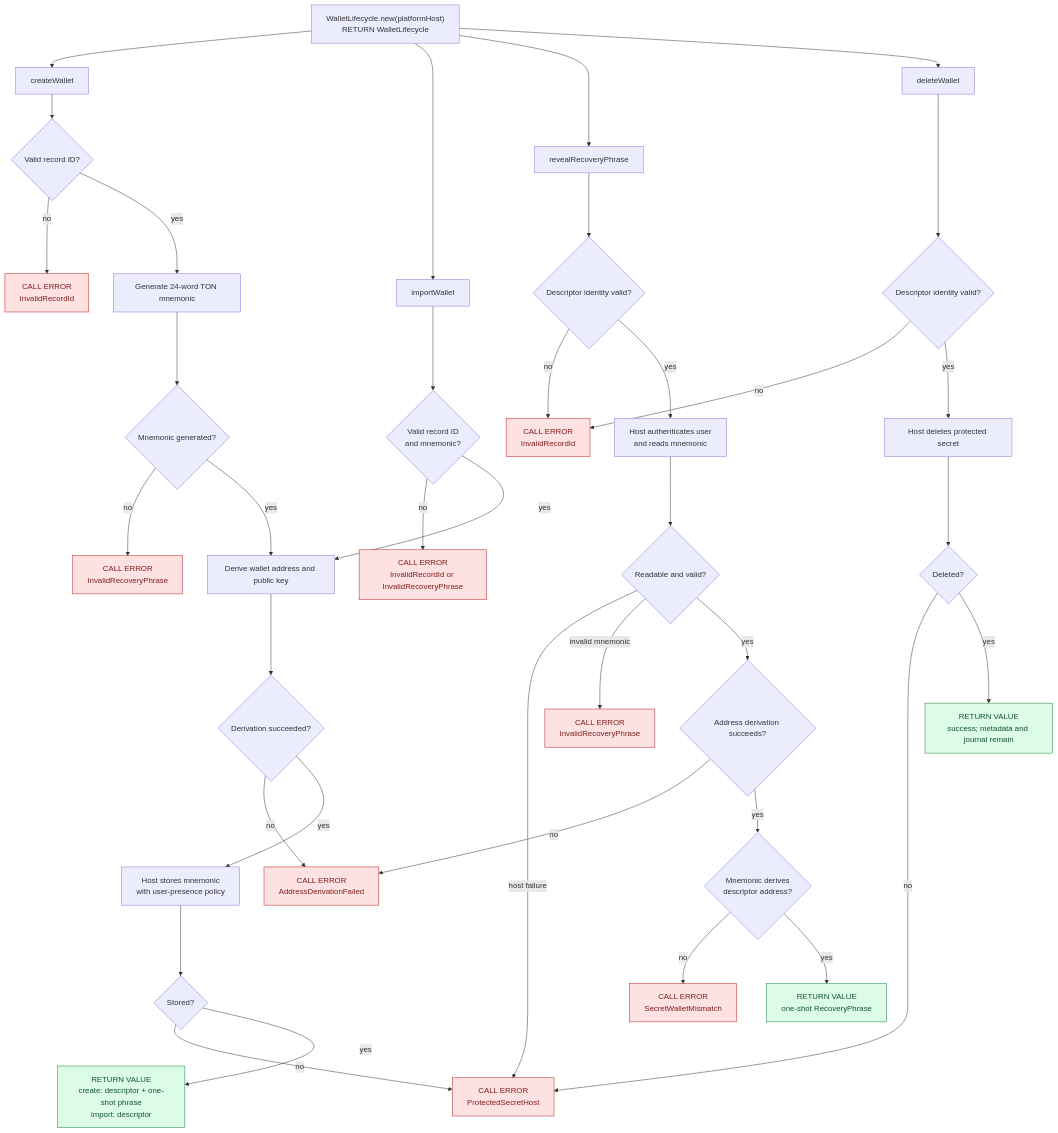
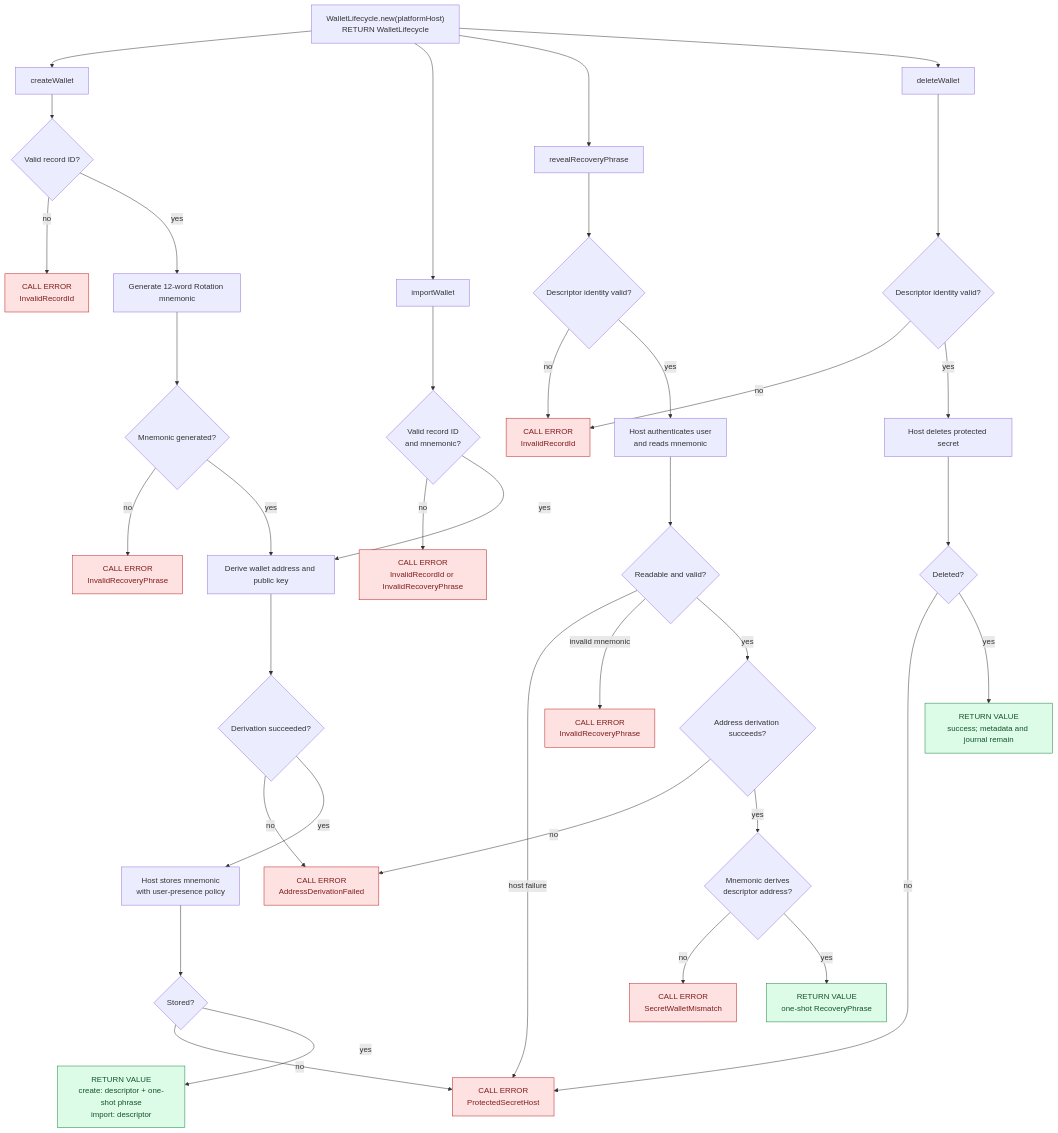
Before and after one commit to i582/wallet-engine: the second of 9 diagrams in README.md, drawn with Mermaid. The commit also changed other lines of this file and 15 other files, not shown here.

````diff
--- a/README.md
+++ b/README.md
@@ -297,60 +297,60 @@
 ```mermaid
 flowchart TD
     LifecycleNew["WalletLifecycle.new(platformHost)<br/>RETURN WalletLifecycle"]
     LifecycleNew --> Create
     LifecycleNew --> Import
     LifecycleNew --> Reveal
     LifecycleNew --> Delete
 
     Create["createWallet"] --> ValidateCreate{"Valid record ID?"}
     ValidateCreate -- no --> InvalidRecord["CALL ERROR<br/>InvalidRecordId"]
-    ValidateCreate -- yes --> Generate["Generate 24-word TON mnemonic"]
+    ValidateCreate -- yes --> Generate["Generate 12-word Rotation mnemonic"]
     Generate --> Generated{"Mnemonic generated?"}
     Generated -- no --> InvalidGenerated["CALL ERROR<br/>InvalidRecoveryPhrase"]
     Generated -- yes --> DeriveCreate["Derive wallet address and public key"]
 
     Import["importWallet"]
     ValidateImport{"Valid record ID<br/>and mnemonic?"}
     InvalidImport["CALL ERROR<br/>InvalidRecordId or InvalidRecoveryPhrase"]
     Import --> ValidateImport
     ValidateImport -- no --> InvalidImport
     ValidateImport -- yes --> DeriveCreate
 
     DeriveCreate --> DeriveOk{"Derivation succeeded?"}
     DeriveOk -- no --> DeriveError["CALL ERROR<br/>AddressDerivationFailed"]
     Store["Host stores mnemonic<br/>with user-presence policy"]
     DeriveOk -- yes --> Store
     Store --> StoreOk{"Stored?"}
     StoreOk -- no --> SecretHost["CALL ERROR<br/>ProtectedSecretHost"]
     Created["RETURN VALUE<br/>create: descriptor + one-shot phrase<br/>import: descriptor"]
     StoreOk -- yes --> Created
 
     Reveal["revealRecoveryPhrase"]
     ValidateDescriptor{"Descriptor identity valid?"}
     Reveal --> ValidateDescriptor
     ValidateDescriptor -- no --> InvalidDescriptor["CALL ERROR<br/>InvalidRecordId"]
     ReadSecret["Host authenticates user<br/>and reads mnemonic"]
     ValidateDescriptor -- yes --> ReadSecret
     ReadSecret --> ReadOk{"Readable and valid?"}
     ReadOk -- host failure --> SecretHost
     ReadOk -- invalid mnemonic --> InvalidPhrase["CALL ERROR<br/>InvalidRecoveryPhrase"]
     ReadOk -- yes --> RevealDerive{"Address derivation succeeds?"}
     RevealDerive -- no --> DeriveError
     RevealDerive -- yes --> Match{"Mnemonic derives<br/>descriptor address?"}
     Match -- no --> Mismatch["CALL ERROR<br/>SecretWalletMismatch"]
     Match -- yes --> Phrase["RETURN VALUE<br/>one-shot RecoveryPhrase"]
 
     Delete["deleteWallet"] --> ValidateDelete{"Descriptor identity valid?"}
     ValidateDelete -- no --> InvalidDescriptor
     ValidateDelete -- yes --> DeleteSecret["Host deletes protected secret"]
     DeleteSecret --> DeleteOk{"Deleted?"}
     DeleteOk -- no --> SecretHost
     DeleteOk -- yes --> Deleted["RETURN VALUE<br/>success; metadata and journal remain"]
 
     classDef result fill:#dcfce7,stroke:#15803d,color:#14532d;
     classDef callError fill:#fee2e2,stroke:#b91c1c,color:#7f1d1d;
     class Created,Phrase,Deleted result;
     class InvalidRecord,InvalidImport,InvalidGenerated callError;
     class DeriveError,SecretHost callError;
     class InvalidDescriptor,InvalidPhrase,Mismatch callError;
 ```
````
